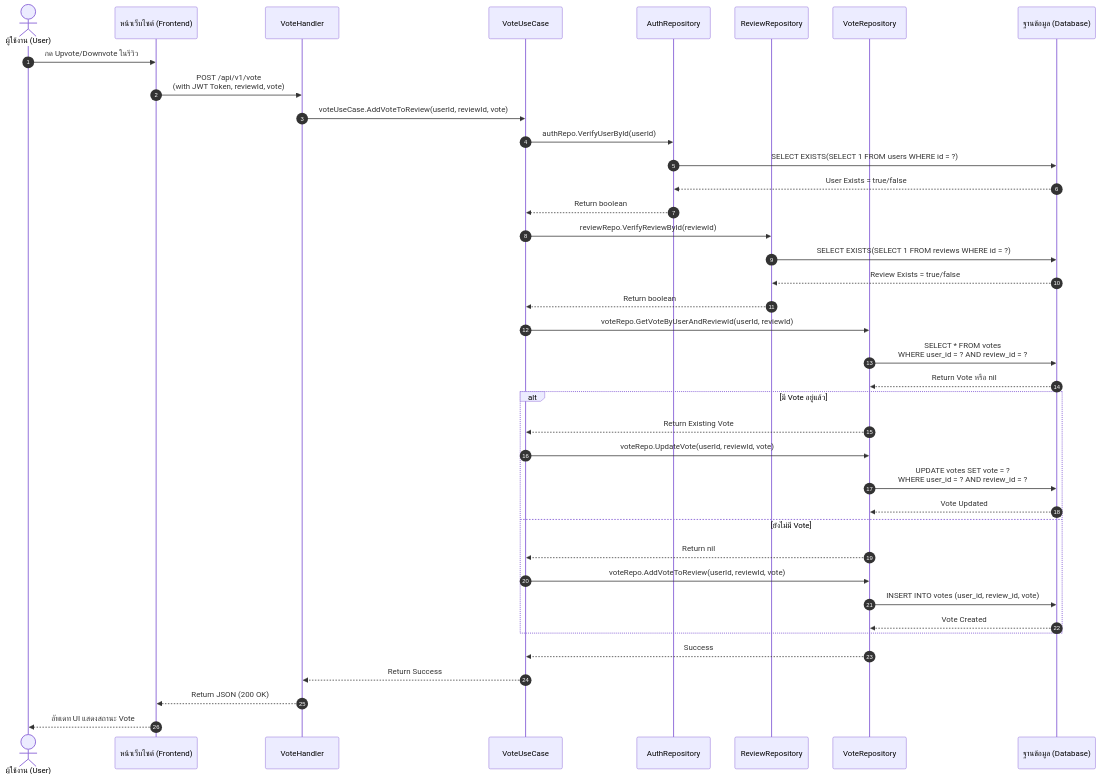
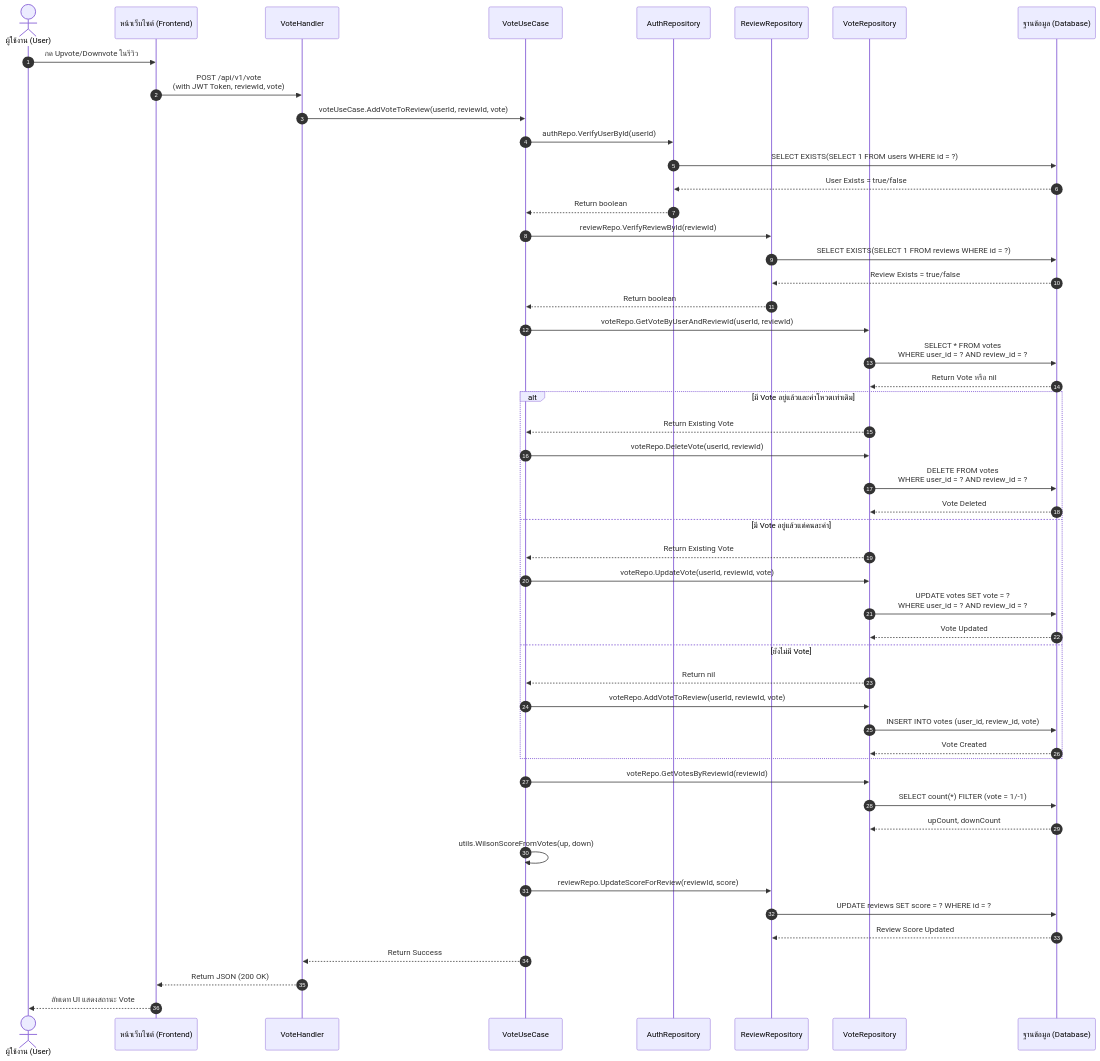
The eighth of 12 diagrams in diagrams/sq/sequence-diagram.md (B1gdawg0/real_course_review_backend), drawn with Mermaid before and after one commit. The commit also changed other lines of this file and 2 other files, not shown here.

Commit message:
update: enhance class and sequence diagrams with additional attributes and flow details

````diff
--- a/diagrams/sq/sequence-diagram.md
+++ b/diagrams/sq/sequence-diagram.md
@@ -228,42 +228,53 @@
 ```mermaid
 sequenceDiagram
 autonumber
 actor User as ผู้ใช้งาน (User)
 participant UI as หน้าเว็บไซต์ (Frontend)
 participant Handler as VoteHandler
 participant UseCase as VoteUseCase
 participant AuthRepo as AuthRepository
 participant ReviewRepo as ReviewRepository
 participant VoteRepo as VoteRepository
 participant DB as ฐานข้อมูล (Database)
 
     User->>UI: กด Upvote/Downvote ในรีวิว
     UI->>Handler: POST /api/v1/vote<br/>(with JWT Token, reviewId, vote)
     Handler->>UseCase: voteUseCase.AddVoteToReview(userId, reviewId, vote)
     UseCase->>AuthRepo: authRepo.VerifyUserById(userId)
     AuthRepo->>DB: SELECT EXISTS(SELECT 1 FROM users WHERE id = ?)
     DB-->>AuthRepo: User Exists = true/false
     AuthRepo-->>UseCase: Return boolean
     UseCase->>ReviewRepo: reviewRepo.VerifyReviewById(reviewId)
     ReviewRepo->>DB: SELECT EXISTS(SELECT 1 FROM reviews WHERE id = ?)
     DB-->>ReviewRepo: Review Exists = true/false
     ReviewRepo-->>UseCase: Return boolean
     UseCase->>VoteRepo: voteRepo.GetVoteByUserAndReviewId(userId, reviewId)
     VoteRepo->>DB: SELECT * FROM votes<br/>WHERE user_id = ? AND review_id = ?
     DB-->>VoteRepo: Return Vote หรือ nil
-    alt มี Vote อยู่แล้ว
+    alt มี Vote อยู่แล้วและค่าโหวตเท่าเดิม
+        VoteRepo-->>UseCase: Return Existing Vote
+        UseCase->>VoteRepo: voteRepo.DeleteVote(userId, reviewId)
+        VoteRepo->>DB: DELETE FROM votes<br/>WHERE user_id = ? AND review_id = ?
+        DB-->>VoteRepo: Vote Deleted
+    else มี Vote อยู่แล้วแต่คนละค่า
         VoteRepo-->>UseCase: Return Existing Vote
         UseCase->>VoteRepo: voteRepo.UpdateVote(userId, reviewId, vote)
         VoteRepo->>DB: UPDATE votes SET vote = ?<br/>WHERE user_id = ? AND review_id = ?
         DB-->>VoteRepo: Vote Updated
     else ยังไม่มี Vote
         VoteRepo-->>UseCase: Return nil
         UseCase->>VoteRepo: voteRepo.AddVoteToReview(userId, reviewId, vote)
         VoteRepo->>DB: INSERT INTO votes (user_id, review_id, vote)
         DB-->>VoteRepo: Vote Created
     end
-    VoteRepo-->>UseCase: Success
+    UseCase->>VoteRepo: voteRepo.GetVotesByReviewId(reviewId)
+    VoteRepo->>DB: SELECT count(*) FILTER (vote = 1/-1)
+    DB-->>VoteRepo: upCount, downCount
+    UseCase->>UseCase: utils.WilsonScoreFromVotes(up, down)
+    UseCase->>ReviewRepo: reviewRepo.UpdateScoreForReview(reviewId, score)
+    ReviewRepo->>DB: UPDATE reviews SET score = ? WHERE id = ?
+    DB-->>ReviewRepo: Review Score Updated
     UseCase-->>Handler: Return Success
     Handler-->>UI: Return JSON (200 OK)
     UI-->>User: อัพเดท UI แสดงสถานะ Vote
 ```
````
